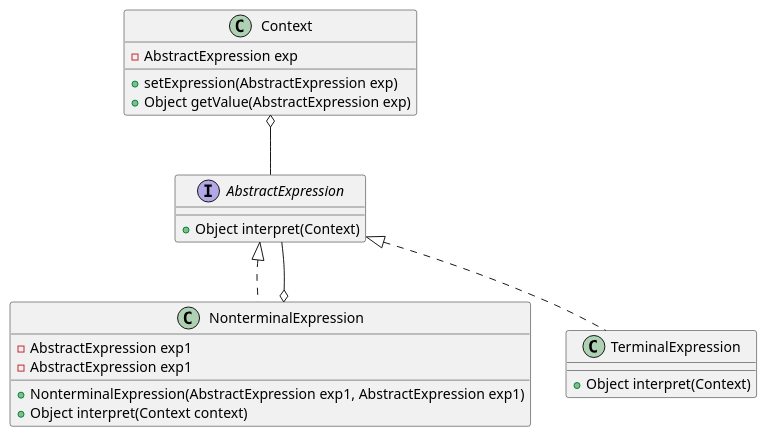
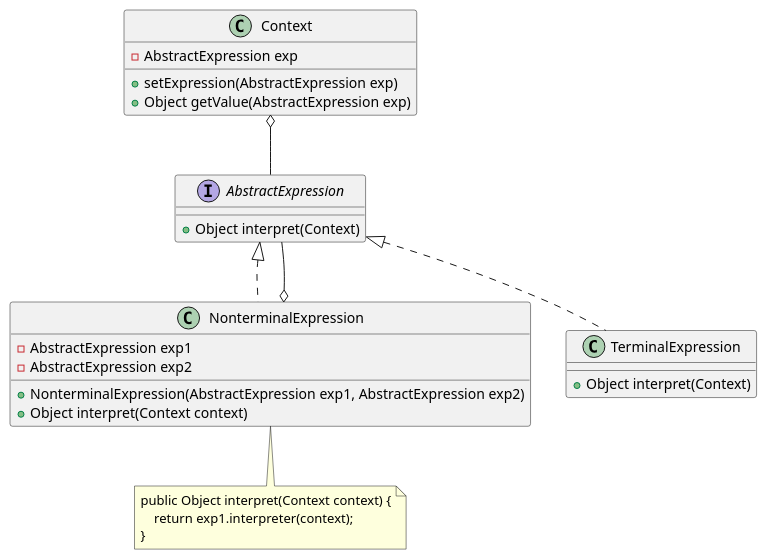
One commit to sunnyzhy/Design-pattern changed the diagram in spring-cloud-design-pattern/behavior-interpreter-pattern/src/main/resources/static/diagram.puml. Above: the diagram before and after it, drawn with PlantUML. The commit also changed 4 other files, not shown here.

```diff
--- a/spring-cloud-design-pattern/behavior-interpreter-pattern/src/main/resources/static/diagram.puml
+++ b/spring-cloud-design-pattern/behavior-interpreter-pattern/src/main/resources/static/diagram.puml
@@ -1,29 +1,37 @@
 @startuml
 
 Context o-- AbstractExpression
 NonterminalExpression o-- AbstractExpression
 
 interface AbstractExpression {
   +Object interpret(Context)
 }
 
 class TerminalExpression implements AbstractExpression {
   +Object interpret(Context)
 }
 
 class NonterminalExpression implements AbstractExpression {
   -AbstractExpression exp1
-  -AbstractExpression exp1
+  -AbstractExpression exp2
 
-  +NonterminalExpression(AbstractExpression exp1, AbstractExpression exp1)
+  +NonterminalExpression(AbstractExpression exp1, AbstractExpression exp2)
   +Object interpret(Context context)
 }
 
 class Context {
   -AbstractExpression exp
   
   +setExpression(AbstractExpression exp)
   +Object getValue(AbstractExpression exp)
 }
 
+note as N
+    public Object interpret(Context context) {
+        return exp1.interpreter(context);
+    }
+end note
+
+NonterminalExpression .. N
+
 @enduml
```
